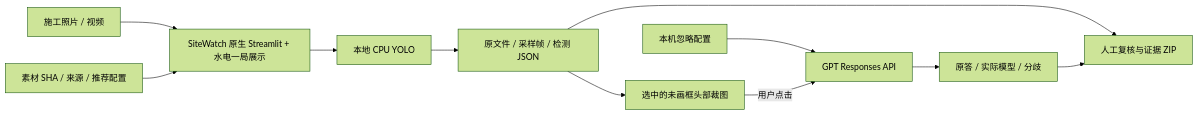
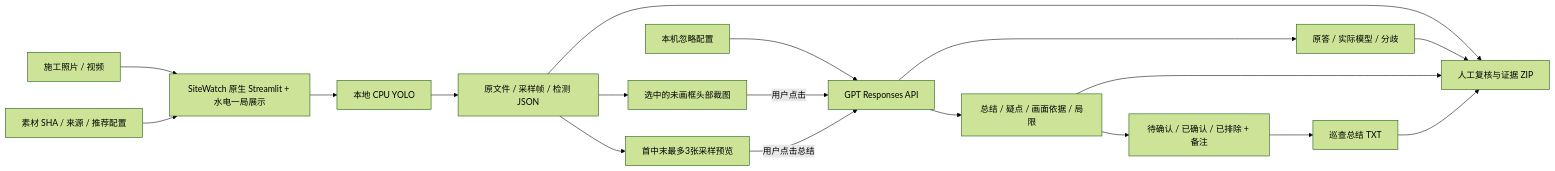
The diagram in docs/ARCHITECTURE.md (YuxuanQi123456/sd1-construction-vision), drawn with Mermaid (forest theme) before and after one commit. The commit also changed other lines of this file and 15 other files, not shown here.

````diff
--- a/docs/ARCHITECTURE.md
+++ b/docs/ARCHITECTURE.md
@@ -5,13 +5,20 @@
 ```mermaid
 flowchart LR
   Media[施工照片 / 视频] --> UI[SiteWatch 原生 Streamlit + 水电一局展示]
   Catalog[素材 SHA / 来源 / 推荐配置] --> UI
   UI --> YOLO[本地 CPU YOLO]
   YOLO --> Evidence[原文件 / 采样帧 / 检测 JSON]
   Evidence --> Head[选中的未画框头部裁图]
   Key[本机忽略配置] --> GPT[GPT Responses API]
   Head -->|用户点击| GPT
   GPT --> Opinion[原答 / 实际模型 / 分歧]
+  Evidence --> Preview[首中末最多3张采样预览]
+  Preview -->|用户点击总结| GPT
+  GPT --> Summary[总结 / 疑点 / 画面依据 / 局限]
+  Summary --> Human[待确认 / 已确认 / 已排除 + 备注]
+  Human --> TXT[巡查总结 TXT]
   Evidence --> ZIP[人工复核与证据 ZIP]
   Opinion --> ZIP
+  Summary --> ZIP
+  TXT --> ZIP
 ```
````
